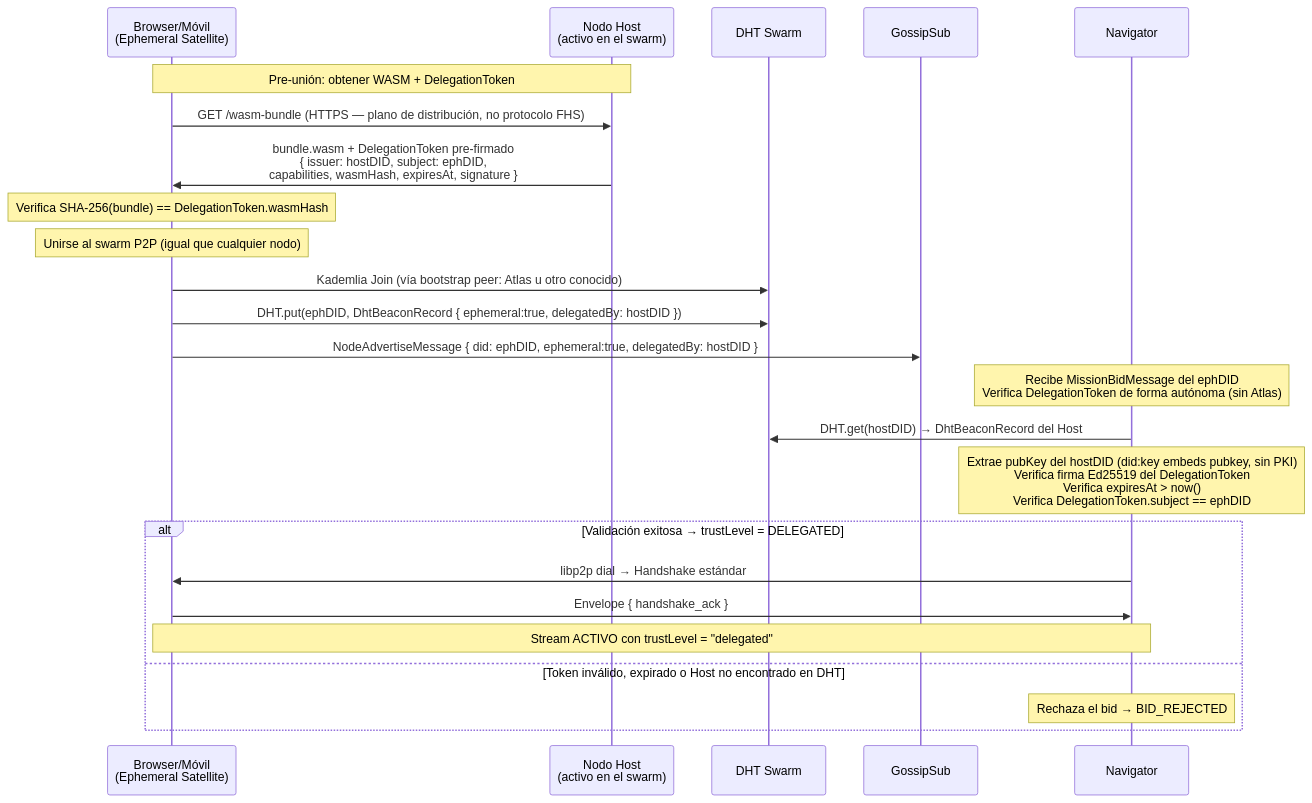
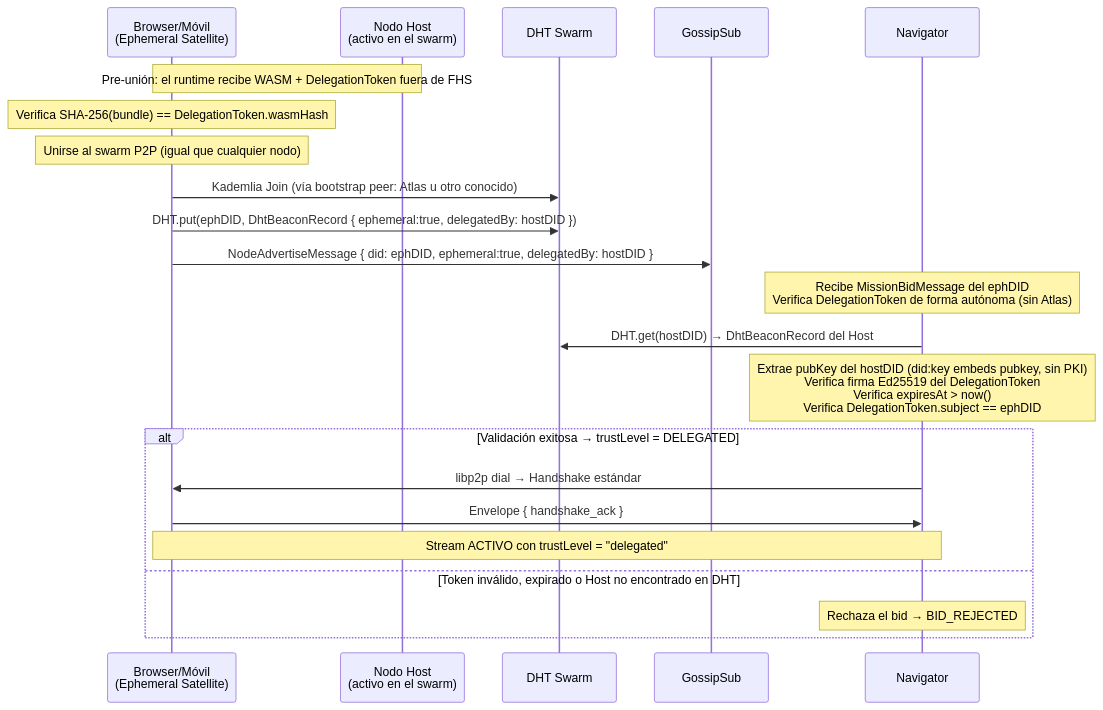
Before and after one commit to rafex/galaxIA: the second of 3 diagrams in docs/handshake.md, drawn with Mermaid. The commit also changed other lines of this file and 32 other files, not shown here.

````diff
--- a/docs/handshake.md
+++ b/docs/handshake.md
@@ -47,33 +47,30 @@
 ```mermaid
 sequenceDiagram
     participant B as Browser/Móvil<br/>(Ephemeral Satellite)
     participant H as Nodo Host<br/>(activo en el swarm)
     participant D as DHT Swarm
     participant G as GossipSub
     participant NAV as Navigator
 
-    note over B,H: Pre-unión: obtener WASM + DelegationToken
-
-    B->>H: GET /wasm-bundle (HTTPS — plano de distribución, no protocolo FHS)
-    H->>B: bundle.wasm + DelegationToken pre-firmado<br/>{ issuer: hostDID, subject: ephDID,<br/>  capabilities, wasmHash, expiresAt, signature }
+    note over B,H: Pre-unión: el runtime recibe WASM + DelegationToken fuera de FHS
     note over B: Verifica SHA-256(bundle) == DelegationToken.wasmHash
 
     note over B: Unirse al swarm P2P (igual que cualquier nodo)
 
     B->>D: Kademlia Join (vía bootstrap peer: Atlas u otro conocido)
     B->>D: DHT.put(ephDID, DhtBeaconRecord { ephemeral:true, delegatedBy: hostDID })
     B->>G: NodeAdvertiseMessage { did: ephDID, ephemeral:true, delegatedBy: hostDID }
 
     note over NAV: Recibe MissionBidMessage del ephDID<br/>Verifica DelegationToken de forma autónoma (sin Atlas)
 
     NAV->>D: DHT.get(hostDID) → DhtBeaconRecord del Host
     note over NAV: Extrae pubKey del hostDID (did:key embeds pubkey, sin PKI)<br/>Verifica firma Ed25519 del DelegationToken<br/>Verifica expiresAt > now()<br/>Verifica DelegationToken.subject == ephDID
 
     alt Validación exitosa → trustLevel = DELEGATED
         NAV->>B: libp2p dial → Handshake estándar
         B->>NAV: Envelope { handshake_ack }
         note over NAV,B: Stream ACTIVO con trustLevel = "delegated"
     else Token inválido, expirado o Host no encontrado en DHT
         note over NAV: Rechaza el bid → BID_REJECTED
     end
 ```
````
